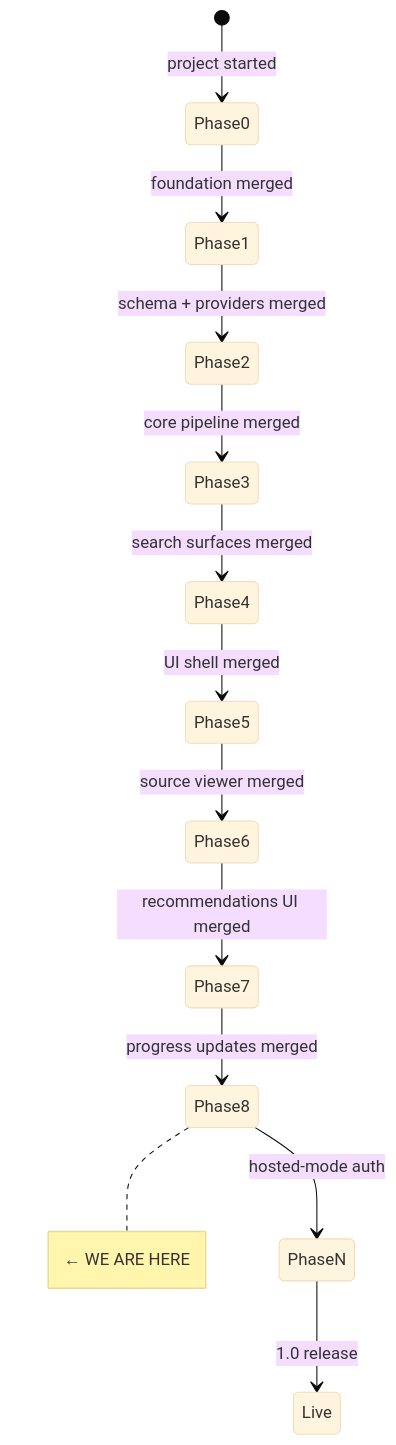
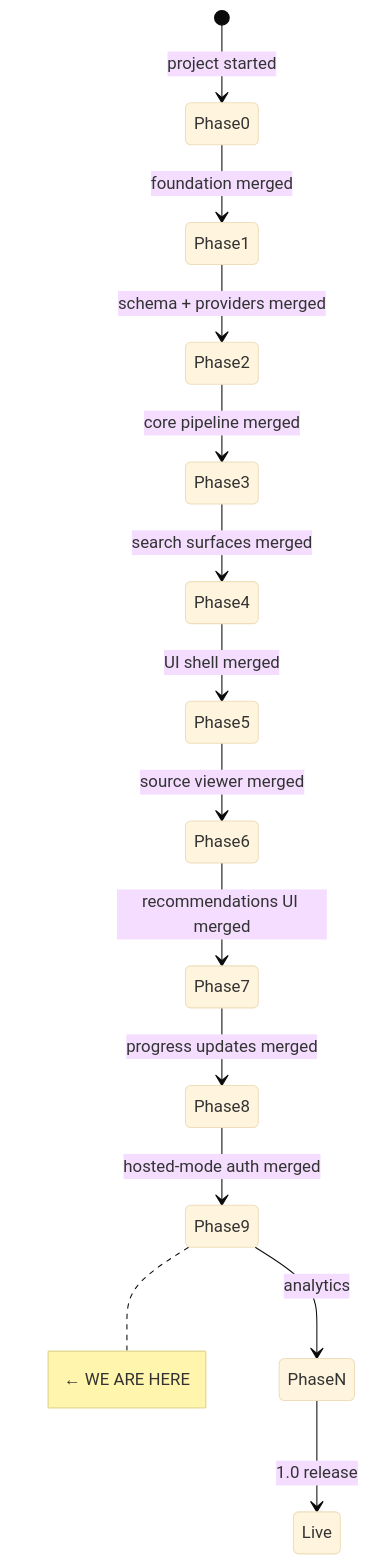
Before and after one commit to dataforaction-tom/open-recs-local: the diagram in STATE.md, drawn with Mermaid (base theme). The commit also changed other lines of this file and 67 other files, not shown here.

First line of the commit message:
phase 8: hosted-mode auth, ownership, admin (Better-auth + magic link + first-admin) (#12)

````diff
--- a/STATE.md
+++ b/STATE.md
@@ -7,16 +7,17 @@
 ```mermaid
 stateDiagram-v2
     [*] --> Phase0: project started
     Phase0 --> Phase1: foundation merged
     Phase1 --> Phase2: schema + providers merged
     Phase2 --> Phase3: core pipeline merged
     Phase3 --> Phase4: search surfaces merged
     Phase4 --> Phase5: UI shell merged
     Phase5 --> Phase6: source viewer merged
     Phase6 --> Phase7: recommendations UI merged
     Phase7 --> Phase8: progress updates merged
-    Phase8 --> PhaseN: hosted-mode auth
+    Phase8 --> Phase9: hosted-mode auth merged
+    Phase9 --> PhaseN: analytics
     PhaseN --> Live: 1.0 release
 
-    note right of Phase8: ← WE ARE HERE
+    note right of Phase9: ← WE ARE HERE
 ```
````
